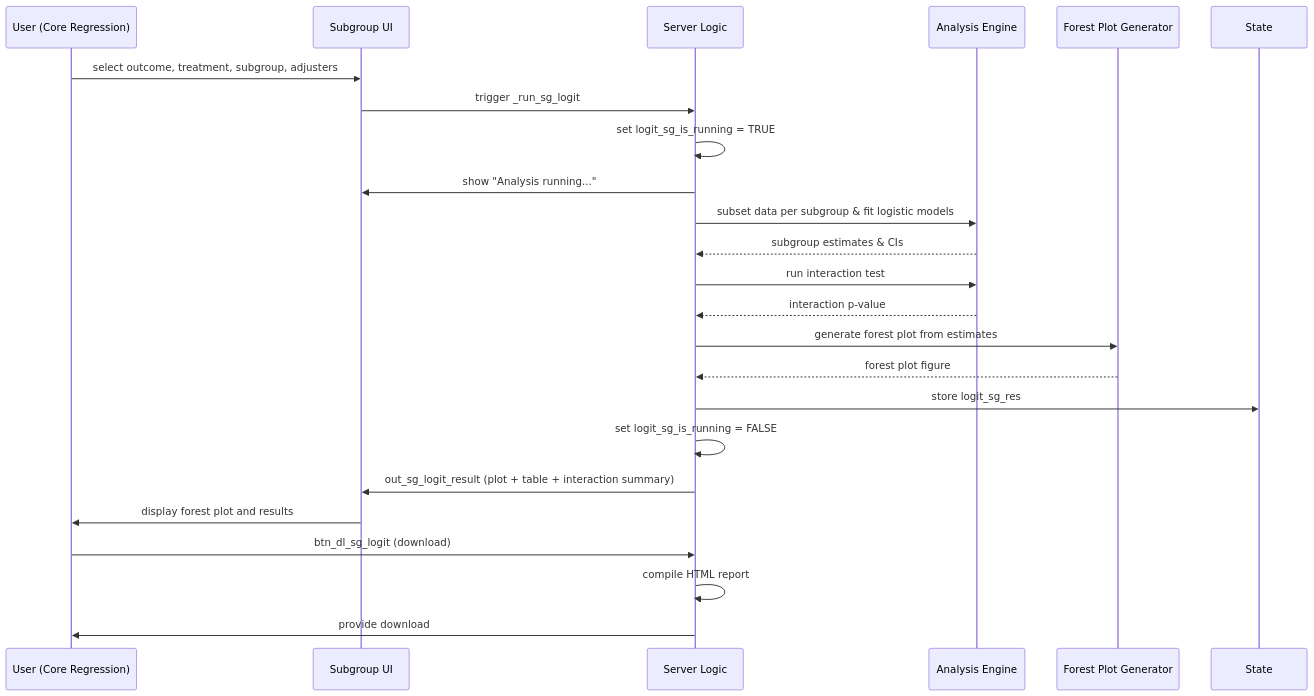
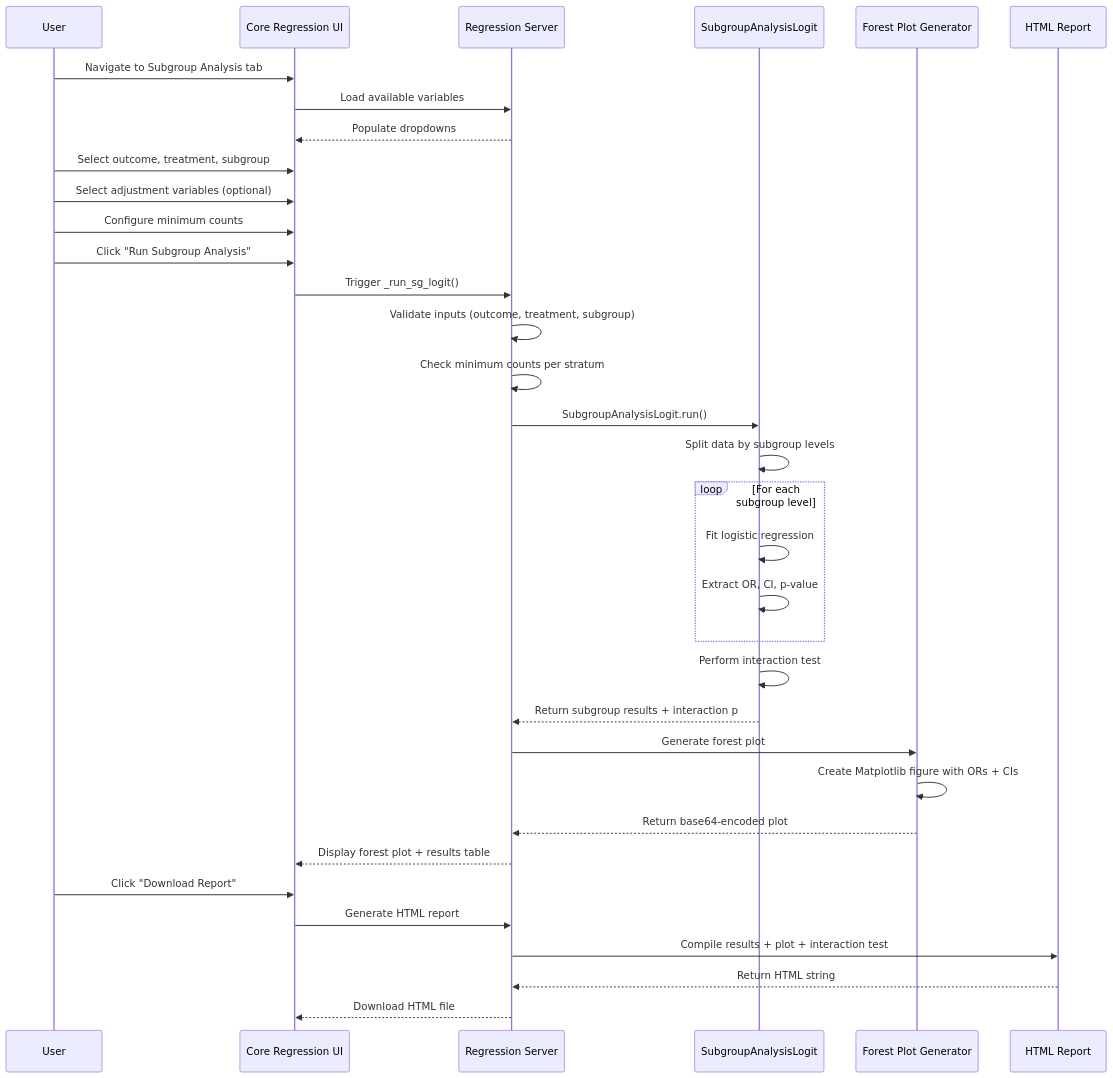
One commit to NTWKKM/stat-shiny changed the third of 5 diagrams in docs/ARCHITECTURE.md. Above: the diagram before and after it, drawn with Mermaid. The commit also changed other lines of this file and 1 other file, not shown here.

````diff
--- a/docs/ARCHITECTURE.md
+++ b/docs/ARCHITECTURE.md
@@ -23,29 +107,43 @@
 ```mermaid
 sequenceDiagram
-    participant User as User (Core Regression)
-    participant UI as Subgroup UI
-    participant Server as Server Logic
-    participant Core as Analysis Engine
-    participant Viz as Forest Plot Generator
-
-    User->>UI: select outcome, treatment, subgroup, adjusters
-    UI->>Server: trigger _run_sg_logit
-    Server->>Server: set logit_sg_is_running = TRUE
-    Server->>UI: show "Analysis running..."
-
-    Server->>Core: subset data per subgroup & fit logistic models
-    Core-->>Server: subgroup estimates & CIs
-    Server->>Core: run interaction test
-    Core-->>Server: interaction p-value
-
-    Server->>Viz: generate forest plot from estimates
-    Viz-->>Server: forest plot figure
-    Server->>State: store logit_sg_res
-    Server->>Server: set logit_sg_is_running = FALSE
-    Server->>UI: out_sg_logit_result (plot + table + interaction summary)
-    UI->>User: display forest plot and results
-
-    User->>Server: btn_dl_sg_logit (download)
-    Server->>Server: compile HTML report
-    Server->>User: provide download
+    participant User
+    participant UI as Core Regression UI
+    participant Server as Regression Server
+    participant Analysis as SubgroupAnalysisLogit
+    participant Forest as Forest Plot Generator
+    participant Report as HTML Report
+    
+    User->>UI: Navigate to Subgroup Analysis tab
+    UI->>Server: Load available variables
+    Server-->>UI: Populate dropdowns
+    
+    User->>UI: Select outcome, treatment, subgroup
+    User->>UI: Select adjustment variables (optional)
+    User->>UI: Configure minimum counts
+    User->>UI: Click "Run Subgroup Analysis"
+    
+    UI->>Server: Trigger _run_sg_logit()
+    Server->>Server: Validate inputs (outcome, treatment, subgroup)
+    Server->>Server: Check minimum counts per stratum
+    
+    Server->>Analysis: SubgroupAnalysisLogit.run()
+    Analysis->>Analysis: Split data by subgroup levels
+    loop For each subgroup level
+        Analysis->>Analysis: Fit logistic regression
+        Analysis->>Analysis: Extract OR, CI, p-value
+    end
+    Analysis->>Analysis: Perform interaction test
+    Analysis-->>Server: Return subgroup results + interaction p
+    
+    Server->>Forest: Generate forest plot
+    Forest->>Forest: Create Matplotlib figure with ORs + CIs
+    Forest-->>Server: Return base64-encoded plot
+    
+    Server-->>UI: Display forest plot + results table
+    
+    User->>UI: Click "Download Report"
+    UI->>Server: Generate HTML report
+    Server->>Report: Compile results + plot + interaction test
+    Report-->>Server: Return HTML string
+    Server-->>UI: Download HTML file
 ```
````
